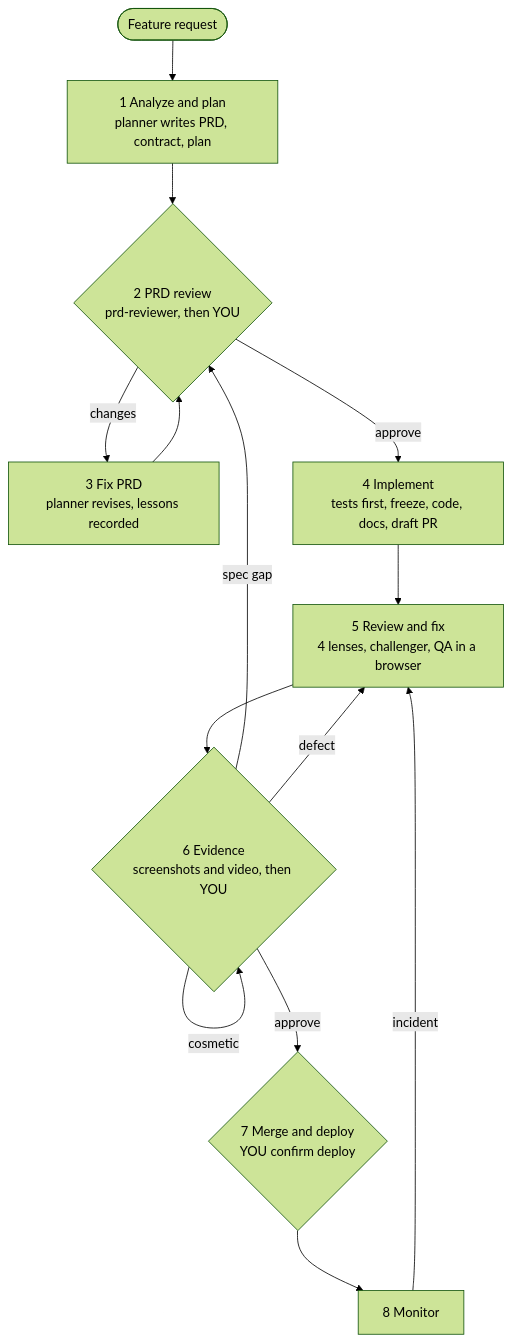
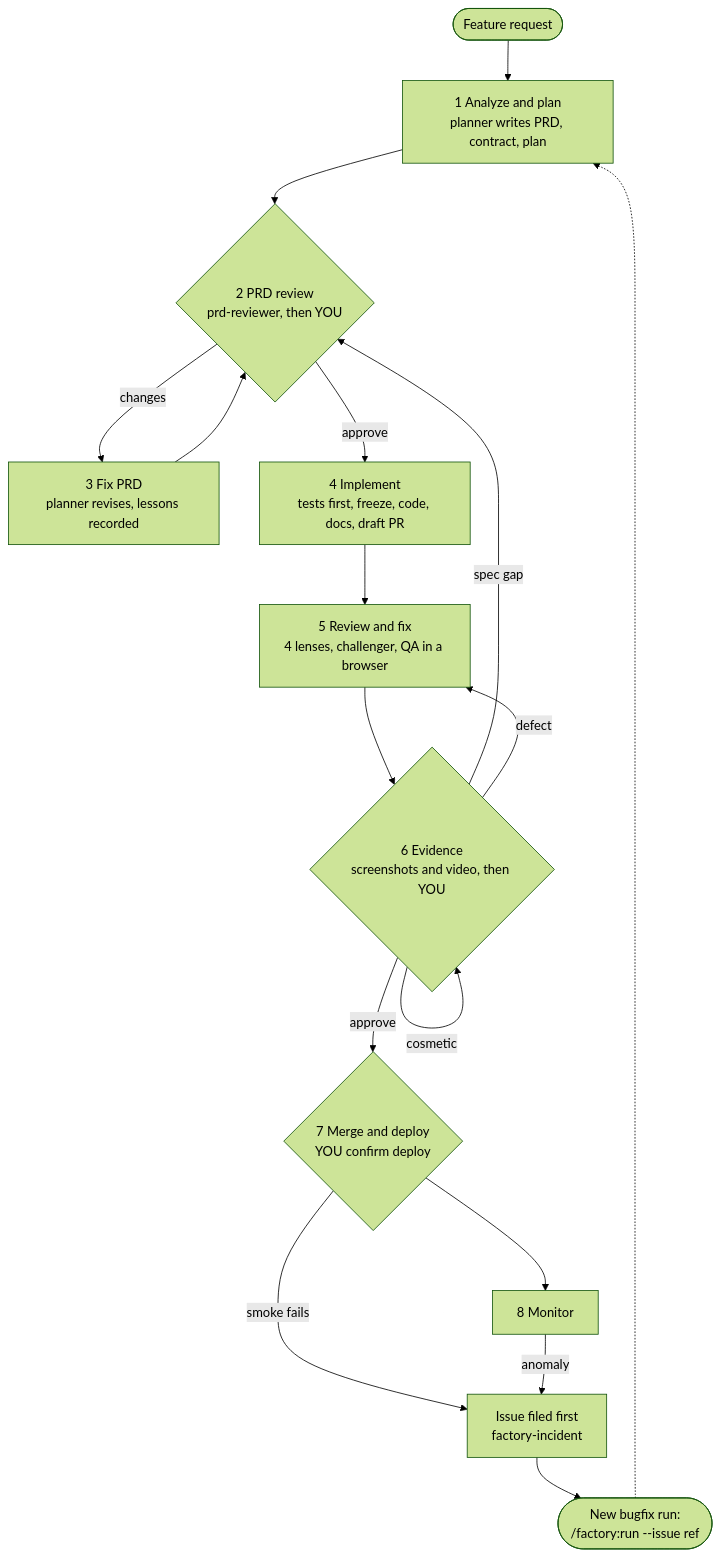
Before and after one commit to hlistan/factory2: the first of 2 diagrams in docs/GUIDE.md, drawn with Mermaid (forest theme). The commit also changed other lines of this file and 17 other files, not shown here.

First line of the commit message:
Incidents file an issue first; fixes go through a bugfix run (/factory:run --issue)

````diff
--- a/docs/GUIDE.md
+++ b/docs/GUIDE.md
@@ -16,16 +16,19 @@
 ```mermaid
 flowchart TD
     R([Feature request]) --> S1[1 Analyze and plan<br/>planner writes PRD, contract, plan]
     S1 --> S2{2 PRD review<br/>prd-reviewer, then YOU}
     S2 -- changes --> S3[3 Fix PRD<br/>planner revises, lessons recorded]
     S3 --> S2
     S2 -- approve --> S4[4 Implement<br/>tests first, freeze, code, docs, draft PR]
     S4 --> S5[5 Review and fix<br/>4 lenses, challenger, QA in a browser]
     S5 --> S6{6 Evidence<br/>screenshots and video, then YOU}
     S6 -- spec gap --> S2
     S6 -- defect --> S5
     S6 -- cosmetic --> S6
     S6 -- approve --> S7{7 Merge and deploy<br/>YOU confirm deploy}
     S7 --> S8[8 Monitor]
-    S8 -- incident --> S5
+    S7 -- smoke fails --> I
+    S8 -- anomaly --> I[Issue filed first<br/>factory-incident]
+    I --> B([New bugfix run:<br/>/factory:run --issue ref])
+    B -.-> S1
 ```
````
